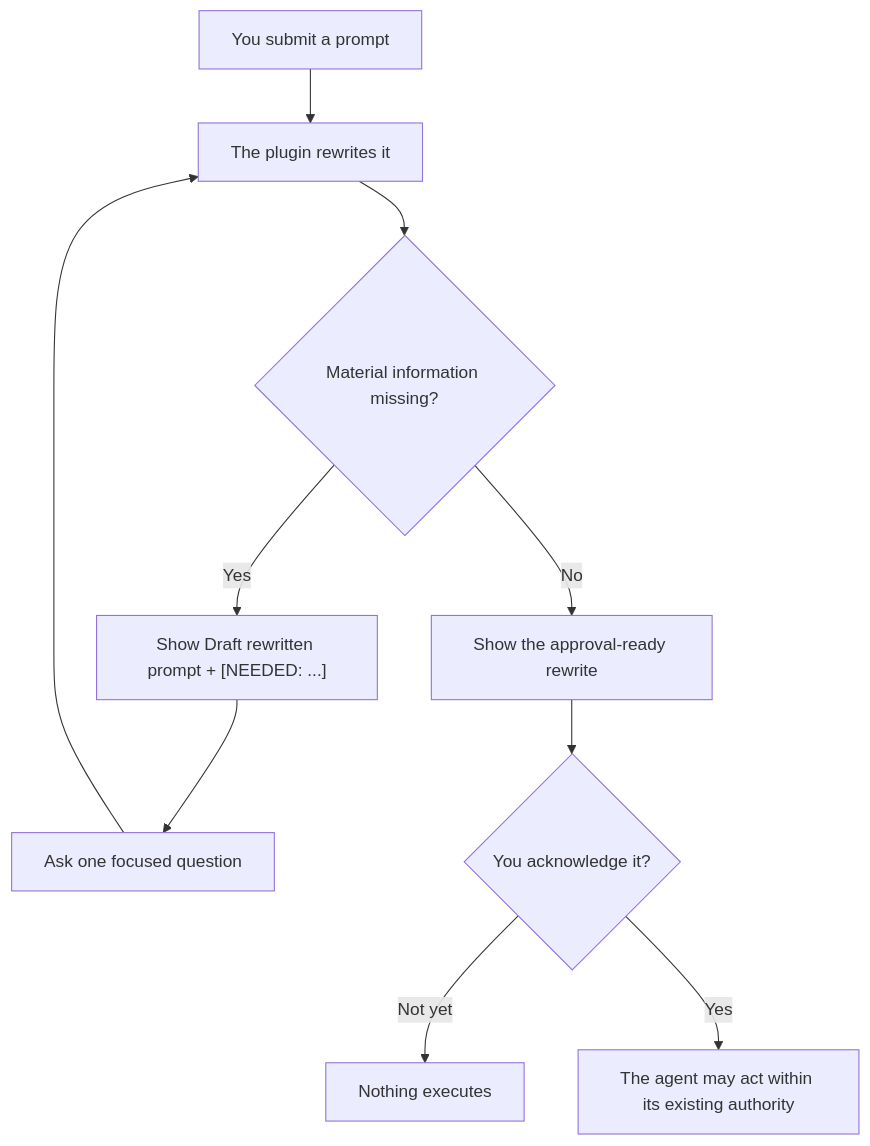
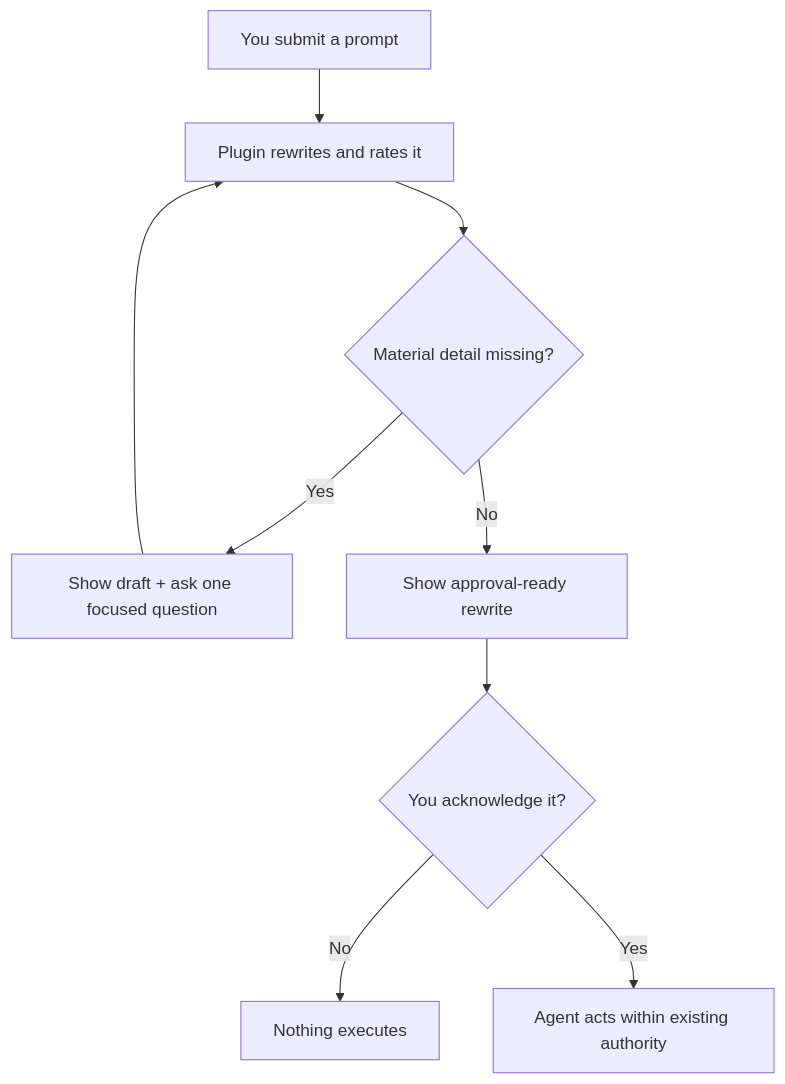
The diagram in README.md (ScotTFO/you-suck-at-prompting), drawn with Mermaid before and after one commit. The commit also changed other lines of this file and 4 other files, not shown here.

````diff
--- a/README.md
+++ b/README.md
@@ -203,12 +72,11 @@
 ```mermaid
 flowchart TD
-    A["You submit a prompt"] --> B["The plugin rewrites it"]
-    B --> C{"Material information missing?"}
-    C -- "Yes" --> D["Show Draft rewritten prompt + [NEEDED: ...]"]
-    D --> E["Ask one focused question"]
-    E --> B
-    C -- "No" --> F["Show the approval-ready rewrite"]
-    F --> G{"You acknowledge it?"}
-    G -- "Not yet" --> H["Nothing executes"]
-    G -- "Yes" --> I["The agent may act within its existing authority"]
+    A["You submit a prompt"] --> B["Plugin rewrites and rates it"]
+    B --> C{"Material detail missing?"}
+    C -- "Yes" --> D["Show draft + ask one focused question"]
+    D --> B
+    C -- "No" --> E["Show approval-ready rewrite"]
+    E --> F{"You acknowledge it?"}
+    F -- "No" --> G["Nothing executes"]
+    F -- "Yes" --> H["Agent acts within existing authority"]
 ```
````
